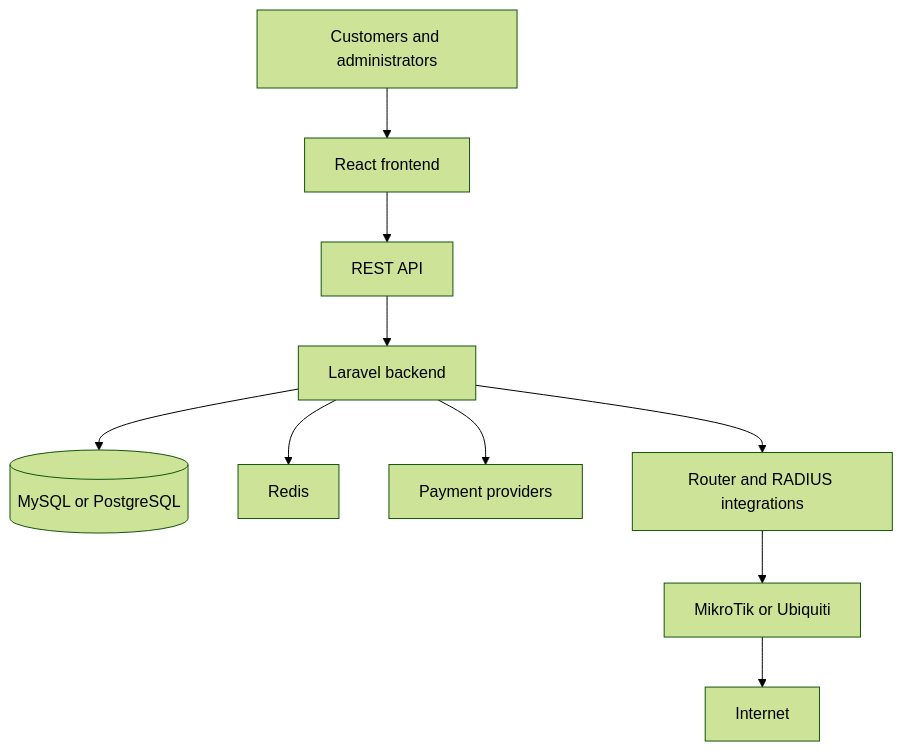
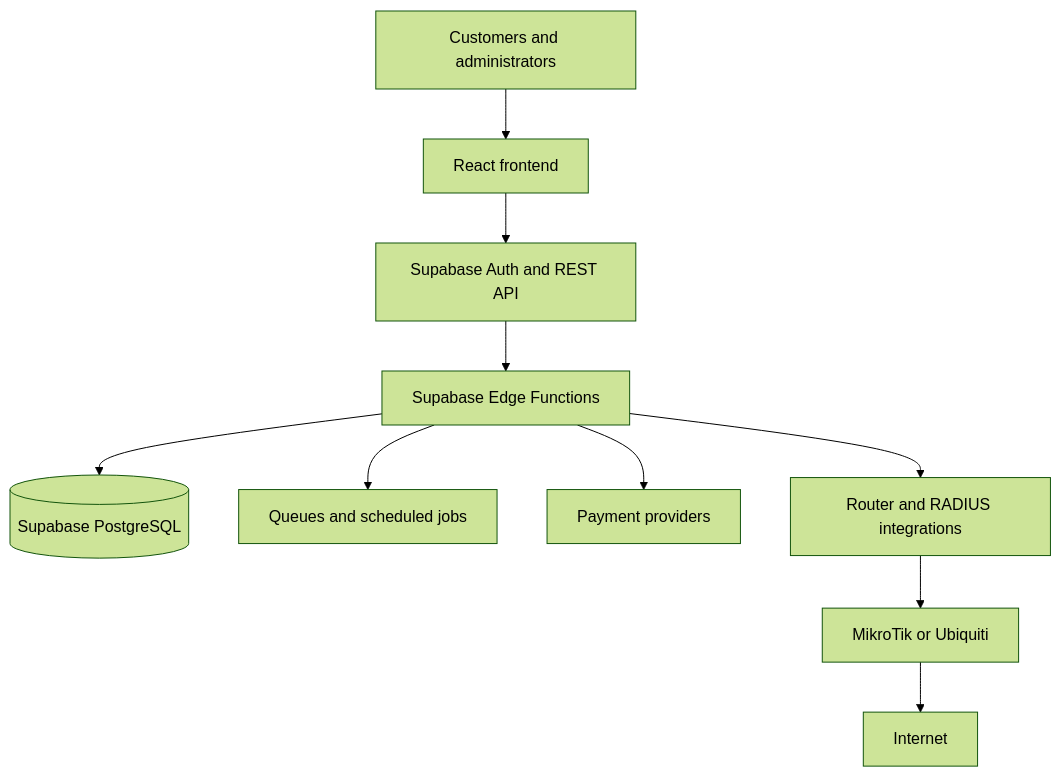
The diagram in README.md (Blakstrokdean/Orion-Billing-System), drawn with Mermaid (forest theme) before and after one commit. The commit also changed 7 other files, not shown here.

````diff
--- a/README.md
+++ b/README.md
@@ -85,12 +85,12 @@
 ```mermaid
 flowchart TD
     U[Customers and administrators] --> F[React frontend]
-    F --> A[REST API]
-    A --> B[Laravel backend]
-    B --> D[(MySQL or PostgreSQL)]
-    B --> R[Redis]
+    F --> A[Supabase Auth and REST API]
+    A --> B[Supabase Edge Functions]
+    B --> D[(Supabase PostgreSQL)]
+    B --> R[Queues and scheduled jobs]
     B --> P[Payment providers]
     B --> N[Router and RADIUS integrations]
     N --> M[MikroTik or Ubiquiti]
     M --> I[Internet]
 ```
````
